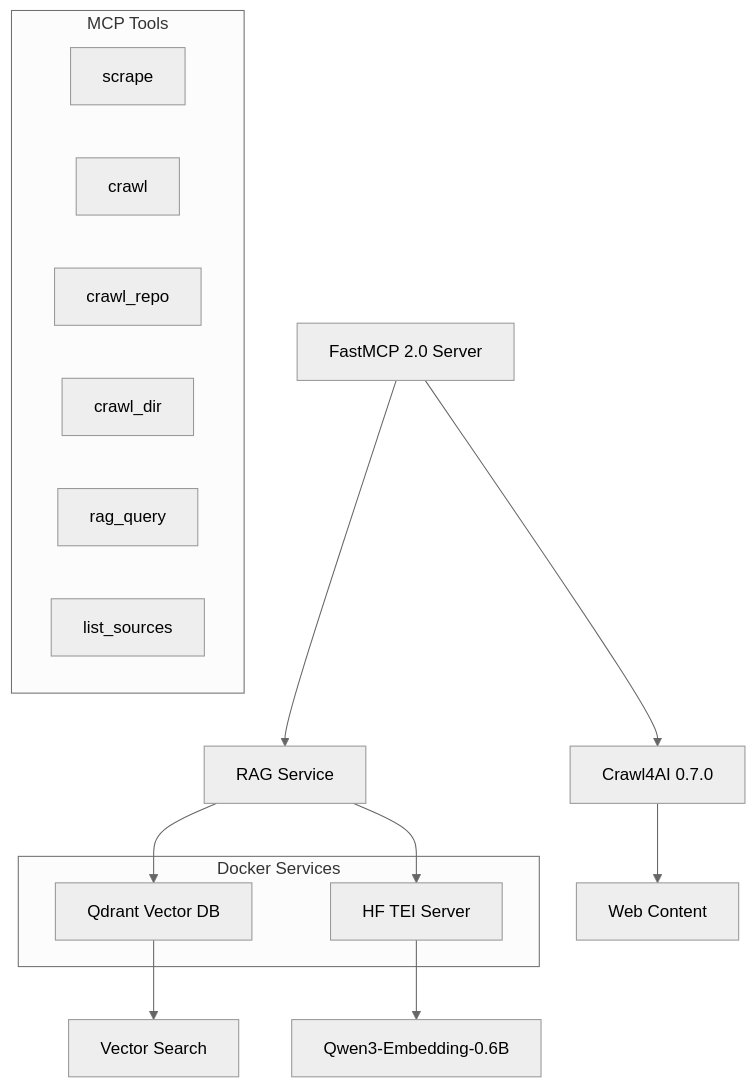
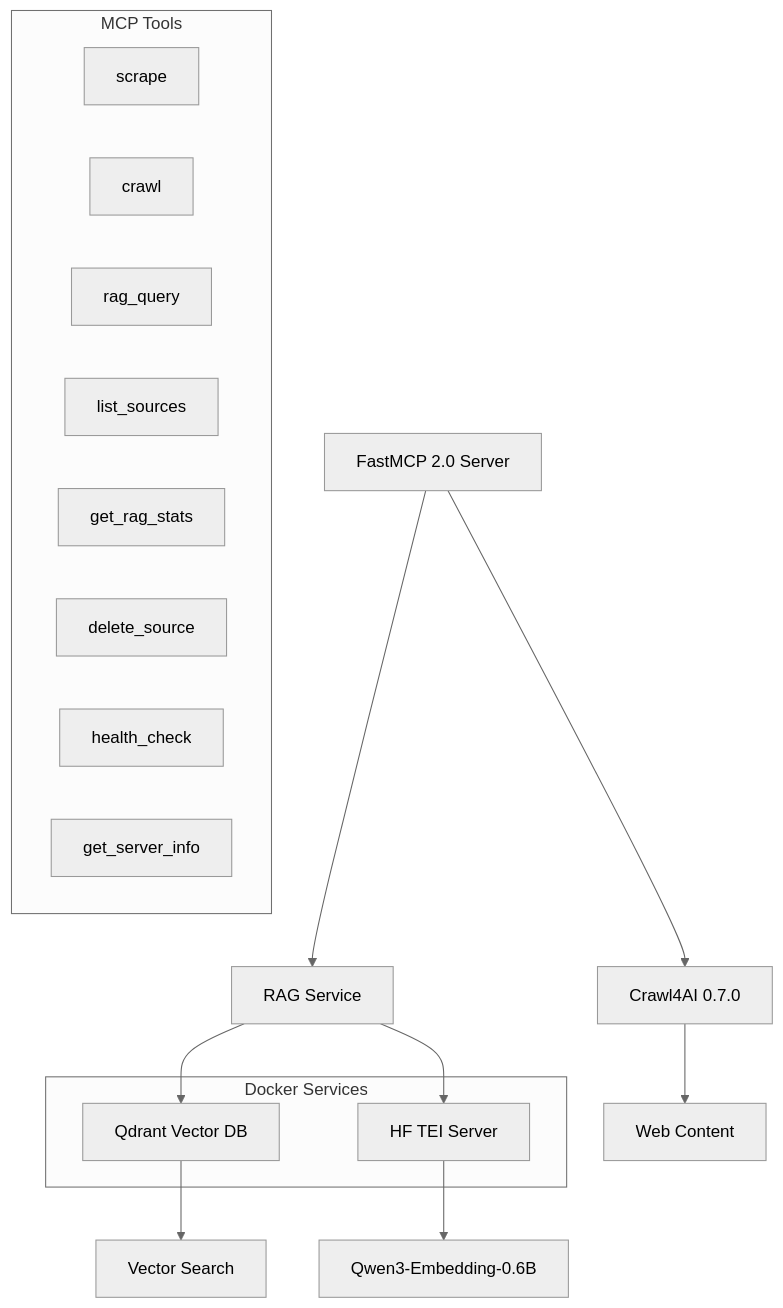
The diagram in README.md (jmagar/crawly-mcp), drawn with Mermaid (neutral theme) before and after one commit. The commit also changed other lines of this file and 19 other files, not shown here.

````diff
--- a/README.md
+++ b/README.md
@@ -151,24 +172,26 @@
 ```mermaid
 graph TB
     A[FastMCP 2.0 Server] --> B[Crawl4AI 0.7.0]
     A --> C[RAG Service]
     B --> D[Web Content]
     C --> E[Qdrant Vector DB]
     C --> F[HF TEI Server]
     F --> G[Qwen3-Embedding-0.6B]
     E --> H[Vector Search]
 
     subgraph "Docker Services"
         E
         F
     end
 
     subgraph "MCP Tools"
         I[scrape]
         J[crawl]
-        K[crawl_repo]
-        L[crawl_dir]
-        M[rag_query]
-        N[list_sources]
+        K[rag_query]
+        L[list_sources]
+        M[get_rag_stats]
+        N[delete_source]
+        O[health_check]
+        P[get_server_info]
     end
 ```
````
